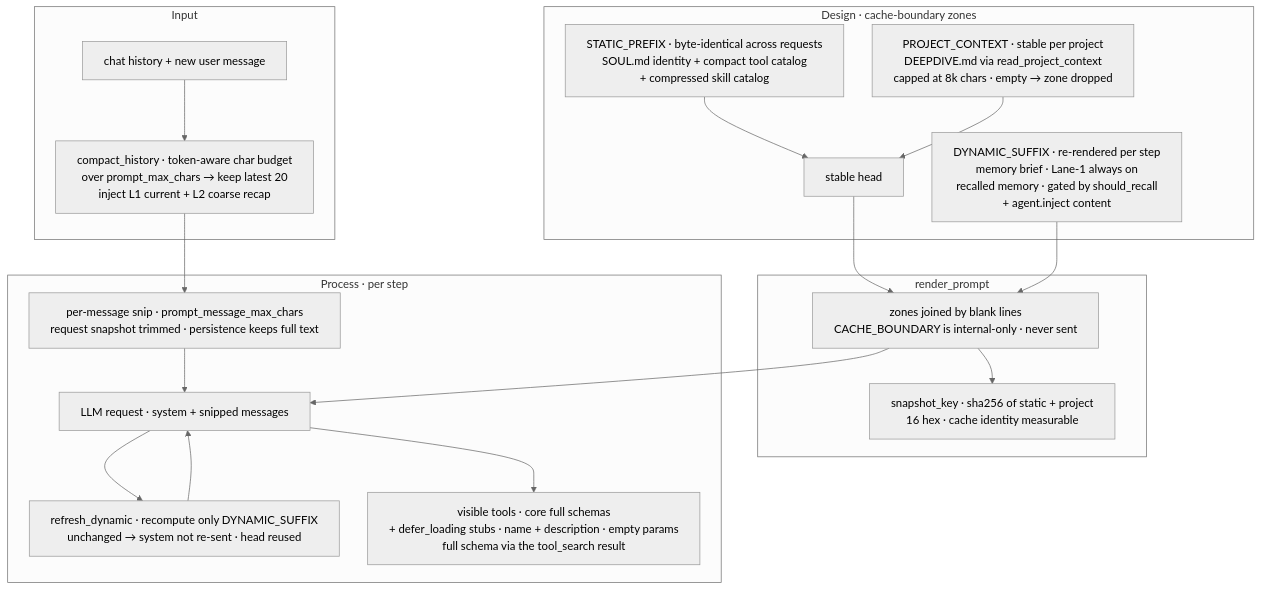
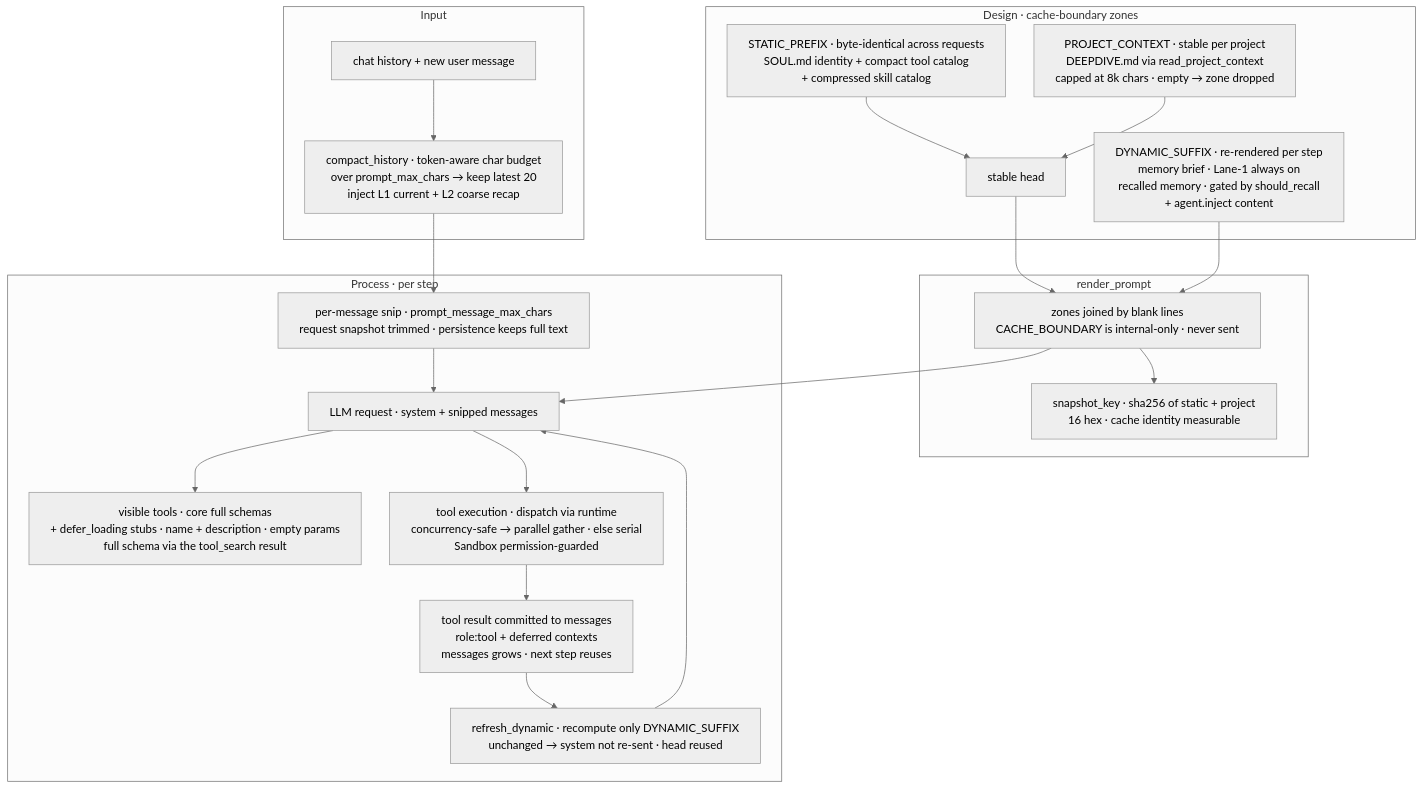
The fourth of 4 diagrams in README.md (Eric-LLMs/DeepDive), drawn with Mermaid (neutral theme) before and after one commit. The commit also changed 1 other file, not shown here.

Commit message:
docs: draw the tool-execution loop in the prompt per-step diagram
Adds tool execution + result-commit nodes and the loop-back edge
(REQ -> EXEC -> COMMIT -> REFRESH), matching loop.py's _execute_tool_calls
path; REQ no longer points straight to REFRESH since no-tool-call requests
finish without refreshing.

false

````diff
--- a/README.md
+++ b/README.md
@@ -144,42 +144,44 @@
 ```mermaid
 %%{init: {"flowchart": {"wrappingWidth": 500, "nodeSpacing": 40, "rankSpacing": 50}}}%%
 flowchart TB
     %% Prompt module: cache-boundary assembly + compression + deferred tool stubs.
     %% Invariants: the CACHE_BOUNDARY separator is internal-only and never rendered; the stable
     %% head (STATIC_PREFIX + PROJECT_CONTEXT) is byte-identical so the provider prefix cache is
     %% reused; only the DYNAMIC_SUFFIX re-renders per step and is skipped when unchanged; the
     %% per-message snip trims the request snapshot only, keeping the persistence copy raw; mounted
     %% tools appear as stable defer_loading stubs, with the full schema riding in the tool_search
     %% result.
 
     subgraph input["Input"]
         HIST["chat history + new user message"]
         AUTO["compact_history · token-aware char budget<br/>over prompt_max_chars → keep latest 20<br/>inject L1 current + L2 coarse recap"]
         HIST --> AUTO
     end
 
     subgraph zones["Design · cache-boundary zones"]
         SP["STATIC_PREFIX · byte-identical across requests<br/>SOUL.md identity + compact tool catalog<br/>+ compressed skill catalog"]
         PC["PROJECT_CONTEXT · stable per project<br/>DEEPDIVE.md via read_project_context<br/>capped at 8k chars · empty → zone dropped"]
         DS["DYNAMIC_SUFFIX · re-rendered per step<br/>memory brief · Lane-1 always on<br/>recalled memory · gated by should_recall<br/>+ agent.inject content"]
         SP --> HEAD["stable head"]
         PC --> HEAD
     end
 
     subgraph render["render_prompt"]
         HEAD --> RENDER
         DS --> RENDER
         RENDER["zones joined by blank lines<br/>CACHE_BOUNDARY is internal-only · never sent"]
         RENDER --> KEY["snapshot_key · sha256 of static + project<br/>16 hex · cache identity measurable"]
     end
 
     subgraph perstep["Process · per step"]
         SNIP["per-message snip · prompt_message_max_chars<br/>request snapshot trimmed · persistence keeps full text"]
         AUTO --> SNIP
         SNIP --> REQ["LLM request · system + snipped messages"]
-        REQ --> REFRESH["refresh_dynamic · recompute only DYNAMIC_SUFFIX<br/>unchanged → system not re-sent · head reused"]
         REQ --> TOOLS["visible tools · core full schemas<br/>+ defer_loading stubs · name + description · empty params<br/>full schema via the tool_search result"]
+        REQ --> EXEC["tool execution · dispatch via runtime<br/>concurrency-safe → parallel gather · else serial<br/>Sandbox permission-guarded"]
+        EXEC --> COMMIT["tool result committed to messages<br/>role:tool + deferred contexts<br/>messages grows · next step reuses"]
+        COMMIT --> REFRESH["refresh_dynamic · recompute only DYNAMIC_SUFFIX<br/>unchanged → system not re-sent · head reused"]
         REFRESH --> REQ
         RENDER --> REQ
     end
 ```
````
